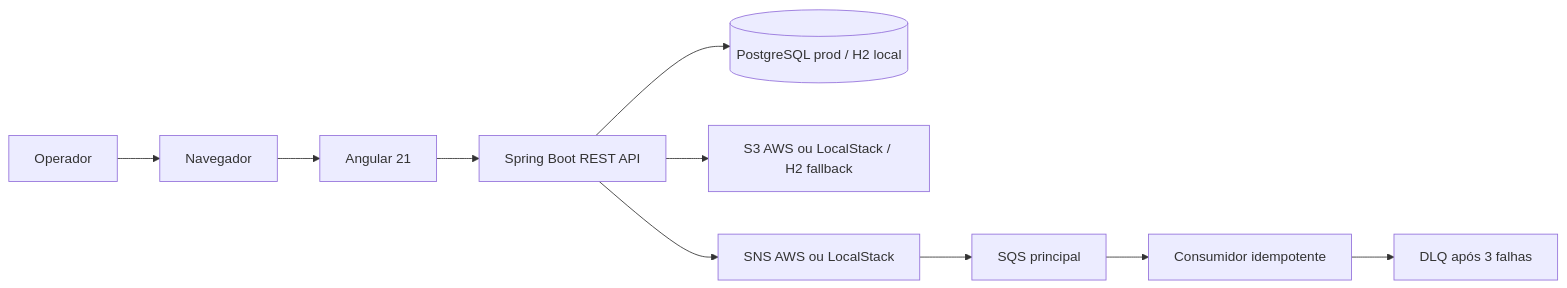
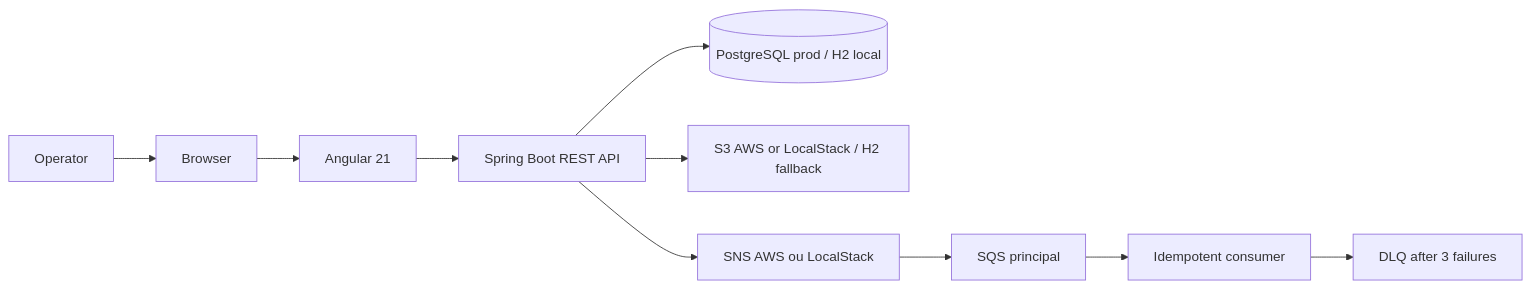
The diagram in README.md (fefeutitan/retirement-benefits-system), drawn with Mermaid before and after one commit. The commit also changed other lines of this file, not shown here.

Commit message:
docs: traduz diagrama de arquitetura para ingles

````diff
--- a/README.md
+++ b/README.md
@@ -54,12 +54,12 @@
 ```mermaid
 flowchart LR
-    User[Operador] --> Browser[Navegador]
+    User[Operator] --> Browser[Browser]
     Browser --> Angular[Angular 21]
     Angular --> API[Spring Boot REST API]
     API --> DB[(PostgreSQL prod / H2 local)]
-    API --> Storage[S3 AWS ou LocalStack / H2 fallback]
+    API --> Storage[S3 AWS or LocalStack / H2 fallback]
     API --> SNS[SNS AWS ou LocalStack]
     SNS --> SQS[SQS principal]
-    SQS --> Consumer[Consumidor idempotente]
-    Consumer --> DLQ[DLQ após 3 falhas]
+    SQS --> Consumer[Idempotent consumer]
+    Consumer --> DLQ[DLQ after 3 failures]
 ```
````
